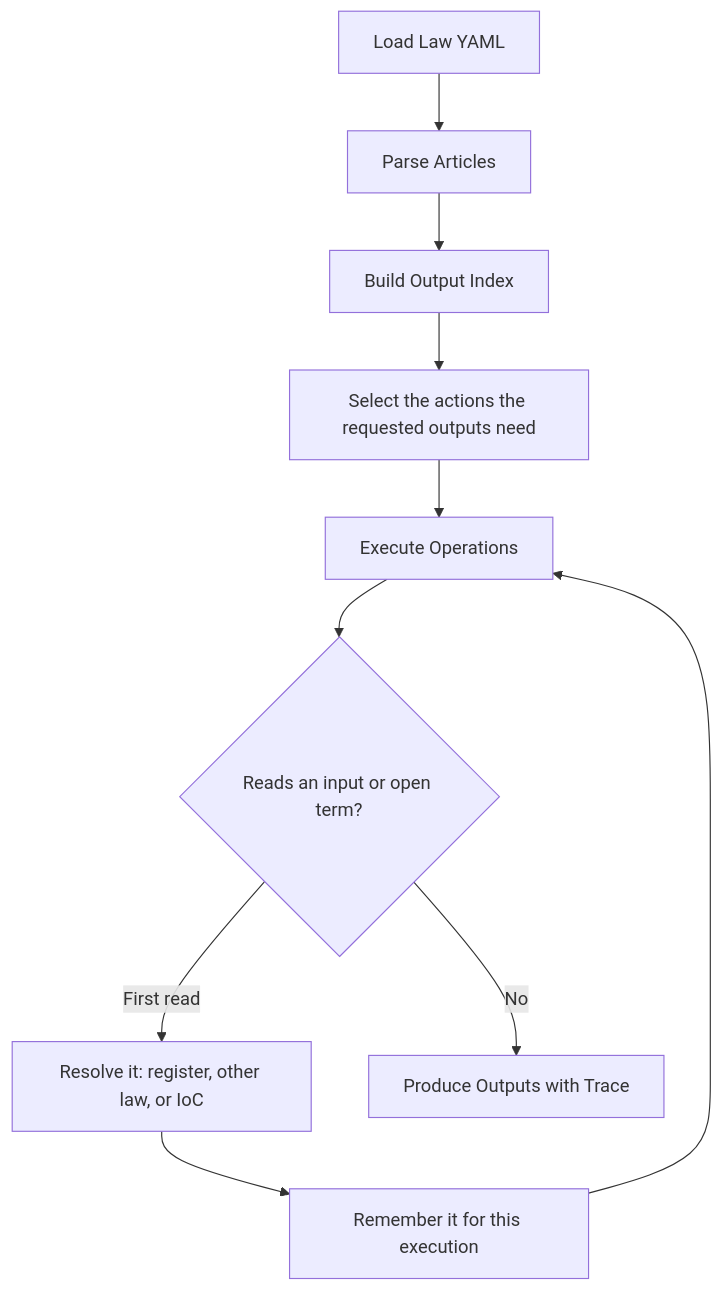
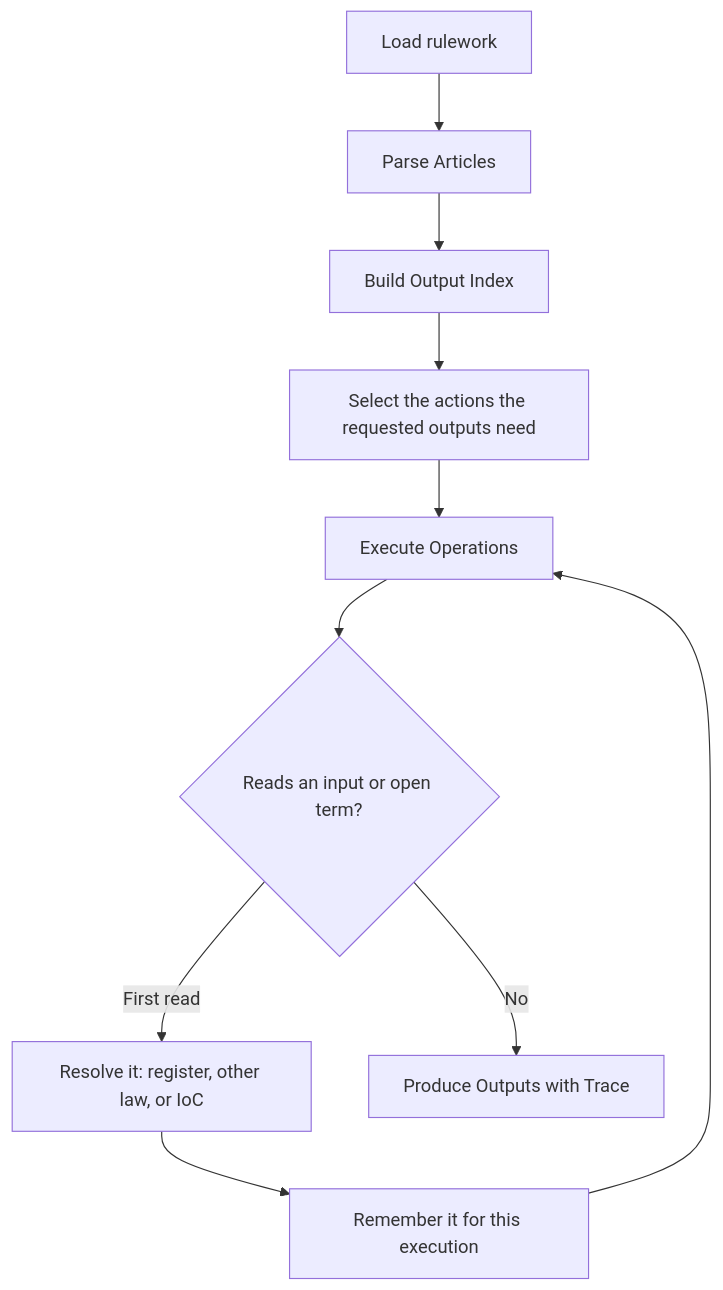
Before and after one commit to MinBZK/regelrecht: the second of 2 diagrams in docs/src/content/docs/components/engine.md, drawn with Mermaid. The commit also changed other lines of this file and 57 other files, not shown here.

````diff
--- a/docs/src/content/docs/components/engine.md
+++ b/docs/src/content/docs/components/engine.md
@@ -54,12 +54,12 @@
 ```mermaid
 flowchart TD
-    A[Load Law YAML] --> B[Parse Articles]
+    A[Load rulework] --> B[Parse Articles]
     B --> C[Build Output Index]
     C --> D[Select the actions the requested outputs need]
     D --> E[Execute Operations]
     E --> F{Reads an input or open term?}
     F -->|First read| G[Resolve it: register, other law, or IoC]
     G --> H[Remember it for this execution]
     H --> E
     F -->|No| I[Produce Outputs with Trace]
 ```
````
